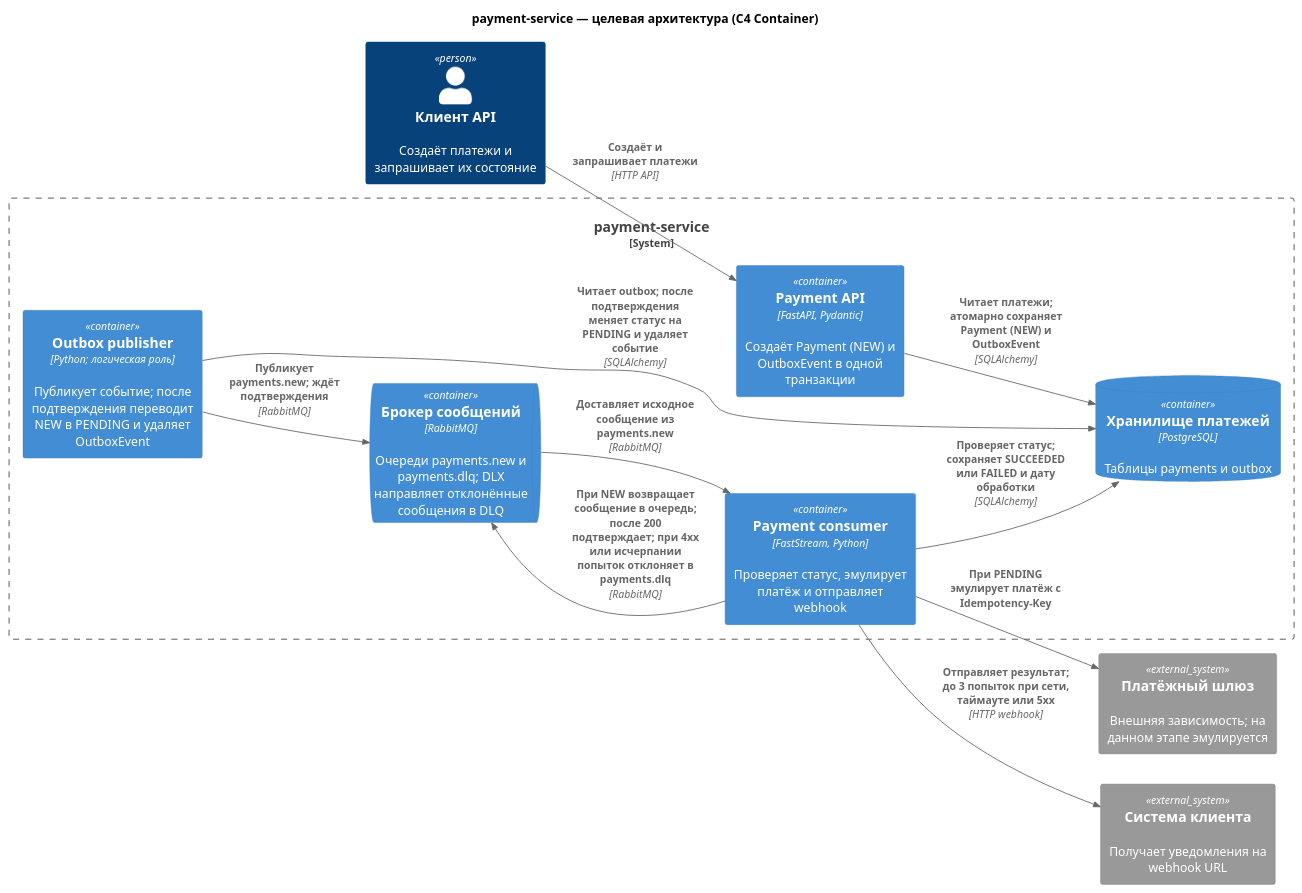
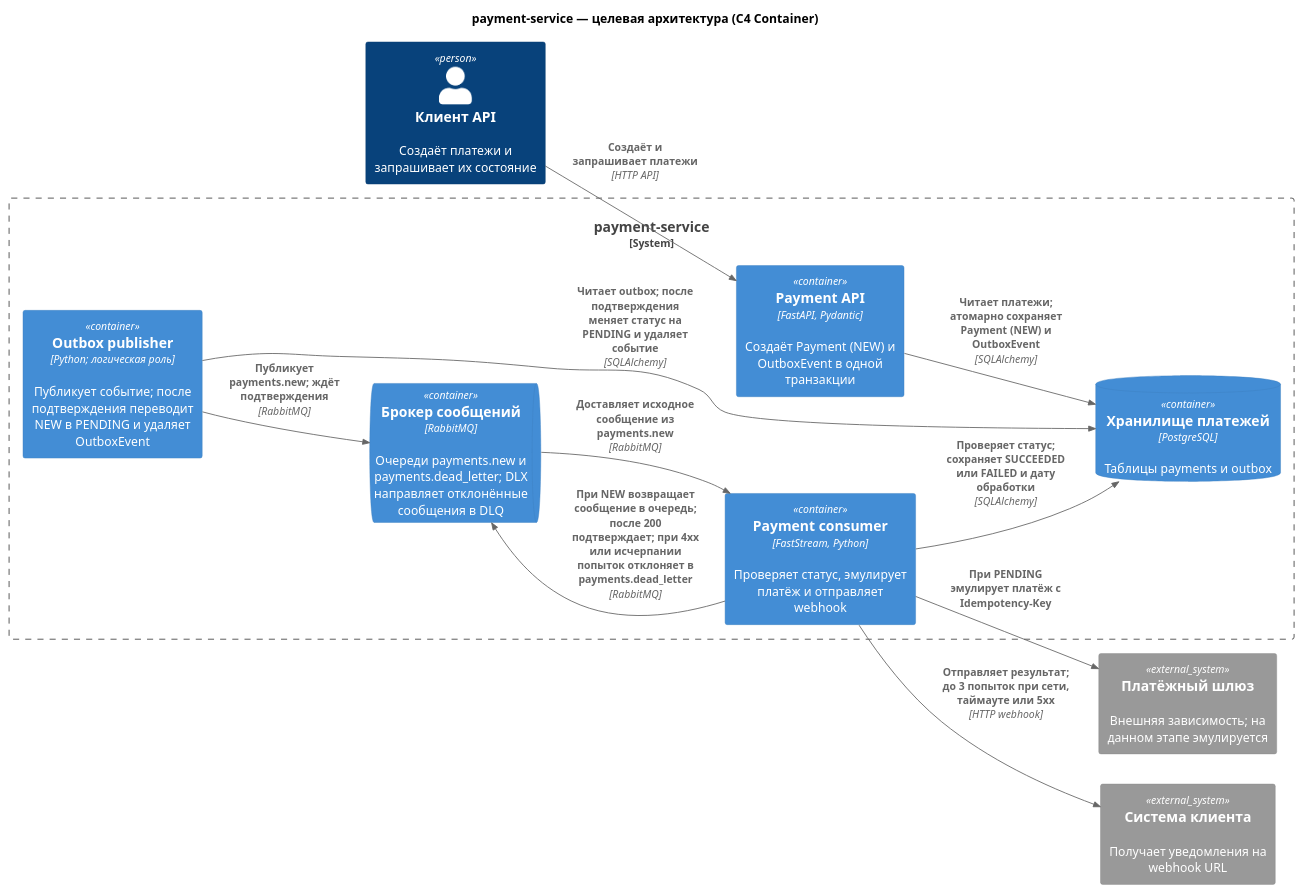
The diagram in docs/architecture/diagrams/payment-service-container.puml (devartpy/payment-service), drawn with PlantUML before and after one commit. The commit also changed 26 other files, not shown here.

First line of the commit message:
feat(payments): add RabbitMQ consumer and webhook delivery

```diff
--- a/docs/architecture/diagrams/payment-service-container.puml
+++ b/docs/architecture/diagrams/payment-service-container.puml
@@ -1,29 +1,29 @@
 @startuml
 !include <C4/C4_Container>
 
 title payment-service — целевая архитектура (C4 Container)
 LAYOUT_LEFT_RIGHT()
 
 Person(client, "Клиент API", "Создаёт платежи и запрашивает их состояние")
 System_Ext(gateway, "Платёжный шлюз", "Внешняя зависимость; на данном этапе эмулируется")
 System_Ext(webhook, "Система клиента", "Получает уведомления на webhook URL")
 
 System_Boundary(service, "payment-service") {
   Container(api, "Payment API", "FastAPI, Pydantic", "Создаёт Payment (NEW) и OutboxEvent в одной транзакции")
   ContainerDb(db, "Хранилище платежей", "PostgreSQL", "Таблицы payments и outbox")
   Container(relay, "Outbox publisher", "Python; логическая роль", "Публикует событие; после подтверждения переводит NEW в PENDING и удаляет OutboxEvent")
-  ContainerQueue(broker, "Брокер сообщений", "RabbitMQ", "Очереди payments.new и payments.dlq; DLX направляет отклонённые сообщения в DLQ")
+  ContainerQueue(broker, "Брокер сообщений", "RabbitMQ", "Очереди payments.new и payments.dead_letter; DLX направляет отклонённые сообщения в DLQ")
   Container(consumer, "Payment consumer", "FastStream, Python", "Проверяет статус, эмулирует платёж и отправляет webhook")
 }
 
 Rel(client, api, "Создаёт и запрашивает платежи", "HTTP API")
 Rel(api, db, "Читает платежи; атомарно сохраняет Payment (NEW) и OutboxEvent", "SQLAlchemy")
 Rel(relay, db, "Читает outbox; после подтверждения меняет статус на PENDING и удаляет событие", "SQLAlchemy")
 Rel(relay, broker, "Публикует payments.new; ждёт подтверждения", "RabbitMQ")
 Rel(broker, consumer, "Доставляет исходное сообщение из payments.new", "RabbitMQ")
 Rel(consumer, db, "Проверяет статус; сохраняет SUCCEEDED или FAILED и дату обработки", "SQLAlchemy")
 Rel(consumer, gateway, "При PENDING эмулирует платёж с Idempotency-Key")
 Rel(consumer, webhook, "Отправляет результат; до 3 попыток при сети, таймауте или 5xx", "HTTP webhook")
-Rel(consumer, broker, "При NEW возвращает сообщение в очередь; после 200 подтверждает; при 4xx или исчерпании попыток отклоняет в payments.dlq", "RabbitMQ")
+Rel(consumer, broker, "При NEW возвращает сообщение в очередь; после 200 подтверждает; при 4xx или исчерпании попыток отклоняет в payments.dead_letter", "RabbitMQ")
 
 @enduml
```
